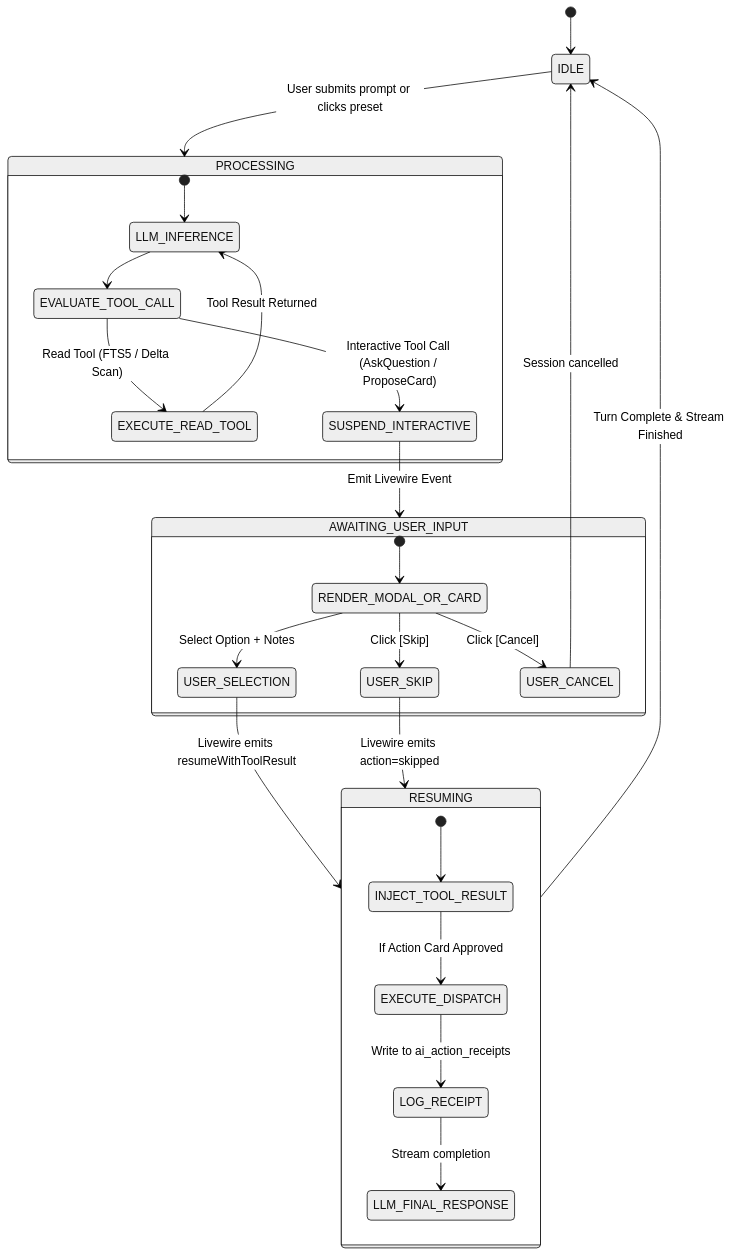
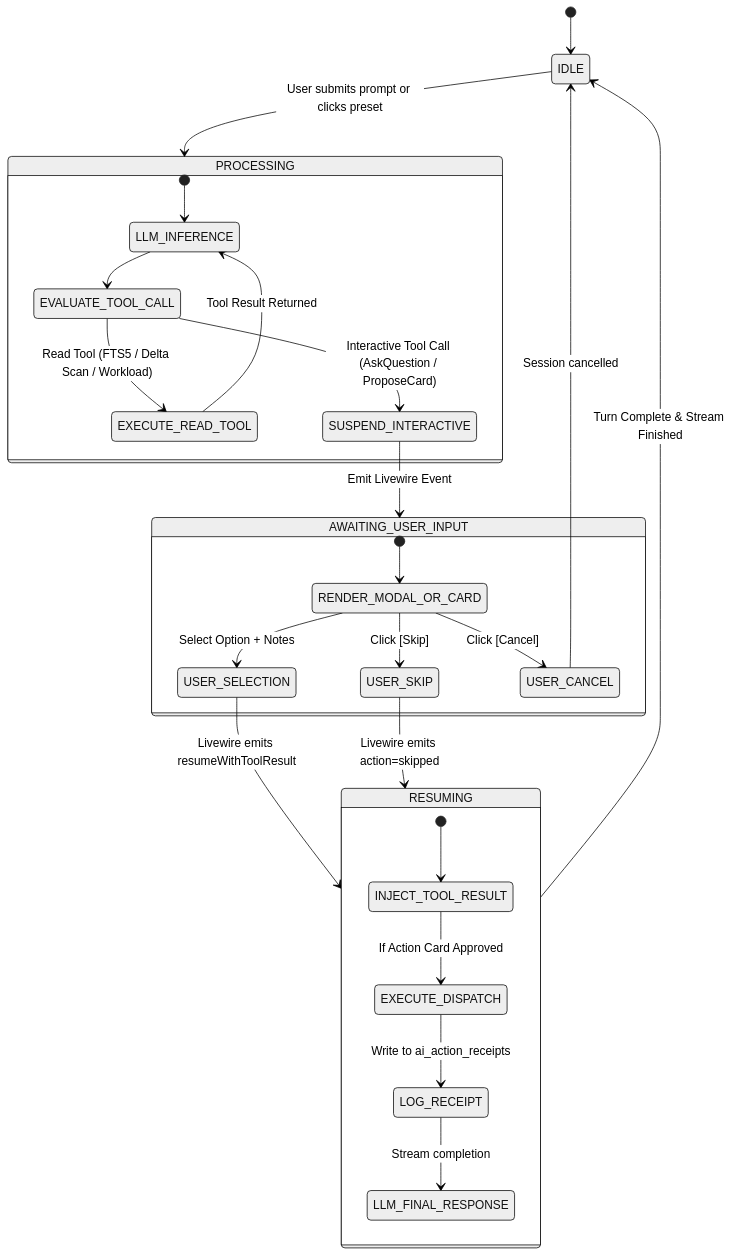
One commit to arhsmoque2/dpik-tadbir changed the diagram in docs/DESIGN.md. Above: the diagram before and after it, drawn with Mermaid (neutral theme). The commit also changed other lines of this file and 11 other files, not shown here.

````diff
--- a/docs/DESIGN.md
+++ b/docs/DESIGN.md
@@ -181,36 +371,36 @@
 ```mermaid
 stateDiagram-v2
     [*] --> IDLE
     IDLE --> PROCESSING: User submits prompt or clicks preset
     
     state PROCESSING {
         [*] --> LLM_INFERENCE
         LLM_INFERENCE --> EVALUATE_TOOL_CALL
-        EVALUATE_TOOL_CALL --> EXECUTE_READ_TOOL: Read Tool (FTS5 / Delta Scan)
+        EVALUATE_TOOL_CALL --> EXECUTE_READ_TOOL: Read Tool (FTS5 / Delta Scan / Workload)
         EXECUTE_READ_TOOL --> LLM_INFERENCE: Tool Result Returned
         
         EVALUATE_TOOL_CALL --> SUSPEND_INTERACTIVE: Interactive Tool Call (AskQuestion / ProposeCard)
     }
 
     SUSPEND_INTERACTIVE --> AWAITING_USER_INPUT: Emit Livewire Event
     
     state AWAITING_USER_INPUT {
         [*] --> RENDER_MODAL_OR_CARD
         RENDER_MODAL_OR_CARD --> USER_SELECTION: Select Option + Notes
         RENDER_MODAL_OR_CARD --> USER_SKIP: Click [Skip]
         RENDER_MODAL_OR_CARD --> USER_CANCEL: Click [Cancel]
     }
 
     USER_SELECTION --> RESUMING: Livewire emits resumeWithToolResult
     USER_SKIP --> RESUMING: Livewire emits action=skipped
     USER_CANCEL --> IDLE: Session cancelled
 
     state RESUMING {
         [*] --> INJECT_TOOL_RESULT
         INJECT_TOOL_RESULT --> EXECUTE_DISPATCH: If Action Card Approved
         EXECUTE_DISPATCH --> LOG_RECEIPT: Write to ai_action_receipts
         LOG_RECEIPT --> LLM_FINAL_RESPONSE: Stream completion
     }
 
     RESUMING --> IDLE: Turn Complete & Stream Finished
 ```
````
